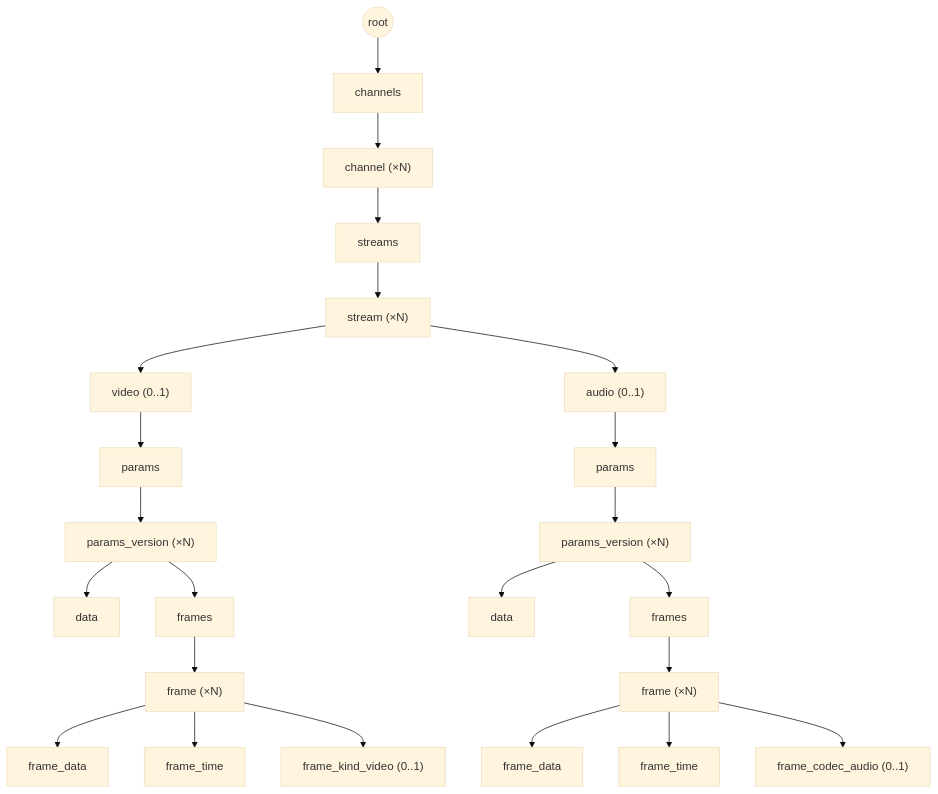
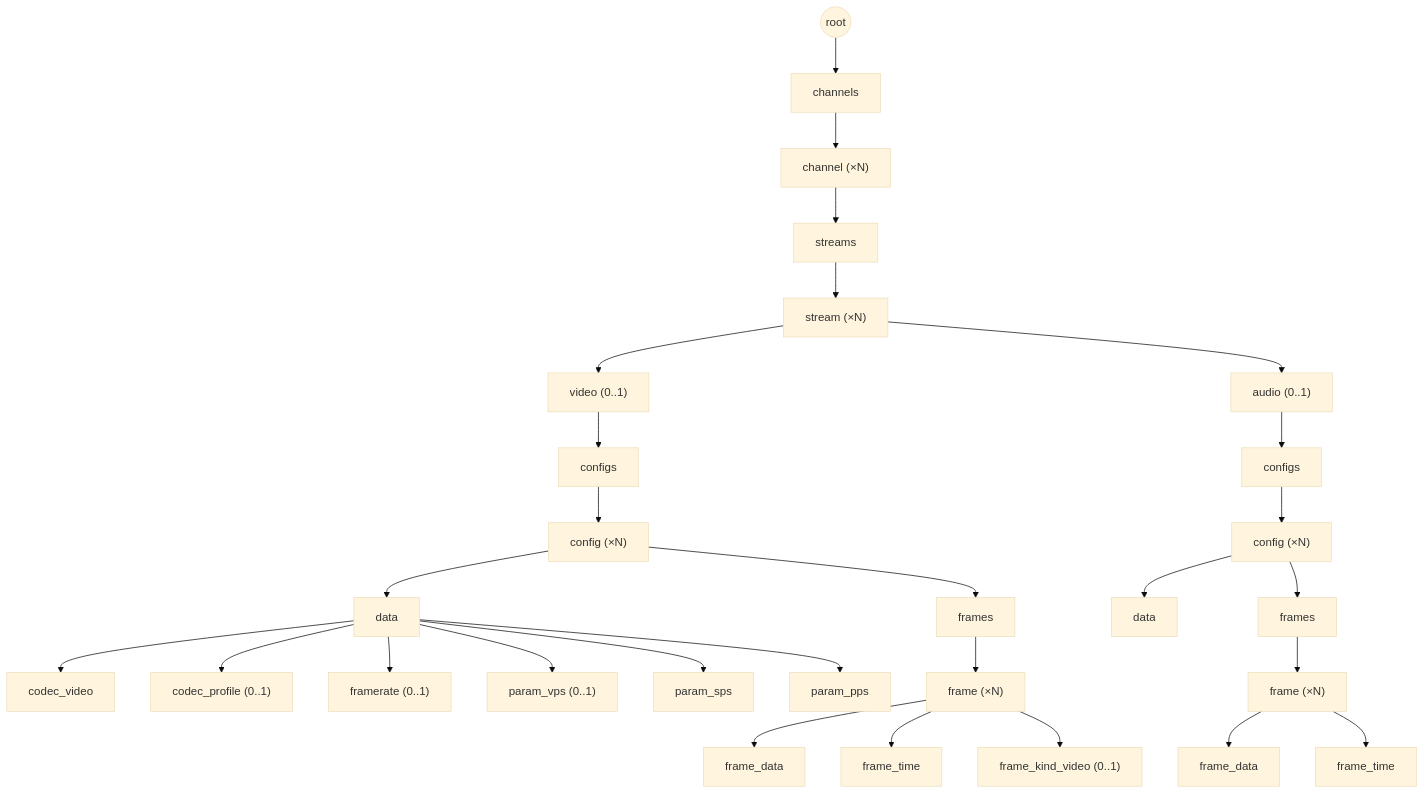
Before and after one commit to traycers/farc: the diagram in docs/docs/archive/07-media-tree.md, drawn with Mermaid (base theme). The commit also changed other lines of this file and 3 other files, not shown here.

````diff
--- a/docs/docs/archive/07-media-tree.md
+++ b/docs/docs/archive/07-media-tree.md
@@ -34,48 +16,58 @@
 ```mermaid
 flowchart TD
     root(("root"))
     channels["channels"]
     channel["channel (×N)"]
     streams["streams"]
     stream["stream (×N)"]
     video["video (0..1)"]
     audio["audio (0..1)"]
 
-    vparams["params"]
-    vver["params_version (×N)"]
+    vconfigs["configs"]
+    vcfg["config (×N)"]
     vdata["data"]
+    vcodec["codec_video"]
+    vprofile["codec_profile (0..1)"]
+    vframerate["framerate (0..1)"]
+    vvps["param_vps (0..1)"]
+    vsps["param_sps"]
+    vpps["param_pps"]
     vframes["frames"]
     vframe["frame (×N)"]
     vfdata["frame_data"]
     vftime["frame_time"]
     vfkind["frame_kind_video (0..1)"]
 
-    aparams["params"]
-    aver["params_version (×N)"]
+    aconfigs["configs"]
+    acfg["config (×N)"]
     adata["data"]
     aframes["frames"]
     aframe["frame (×N)"]
     afdata["frame_data"]
     aftime["frame_time"]
-    afcodec["frame_codec_audio (0..1)"]
 
     root --> channels --> channel --> streams --> stream
     stream --> video
     stream --> audio
 
-    video --> vparams --> vver
-    vver --> vdata
-    vver --> vframes
+    video --> vconfigs --> vcfg
+    vcfg --> vdata
+    vdata --> vcodec
+    vdata --> vprofile
+    vdata --> vframerate
+    vdata --> vvps
+    vdata --> vsps
+    vdata --> vpps
+    vcfg --> vframes
     vframes --> vframe
     vframe --> vfdata
     vframe --> vftime
     vframe --> vfkind
 
-    audio --> aparams --> aver
-    aver --> adata
-    aver --> aframes
+    audio --> aconfigs --> acfg
+    acfg --> adata
+    acfg --> aframes
     aframes --> aframe
     aframe --> afdata
     aframe --> aftime
-    aframe --> afcodec
 ```
````
